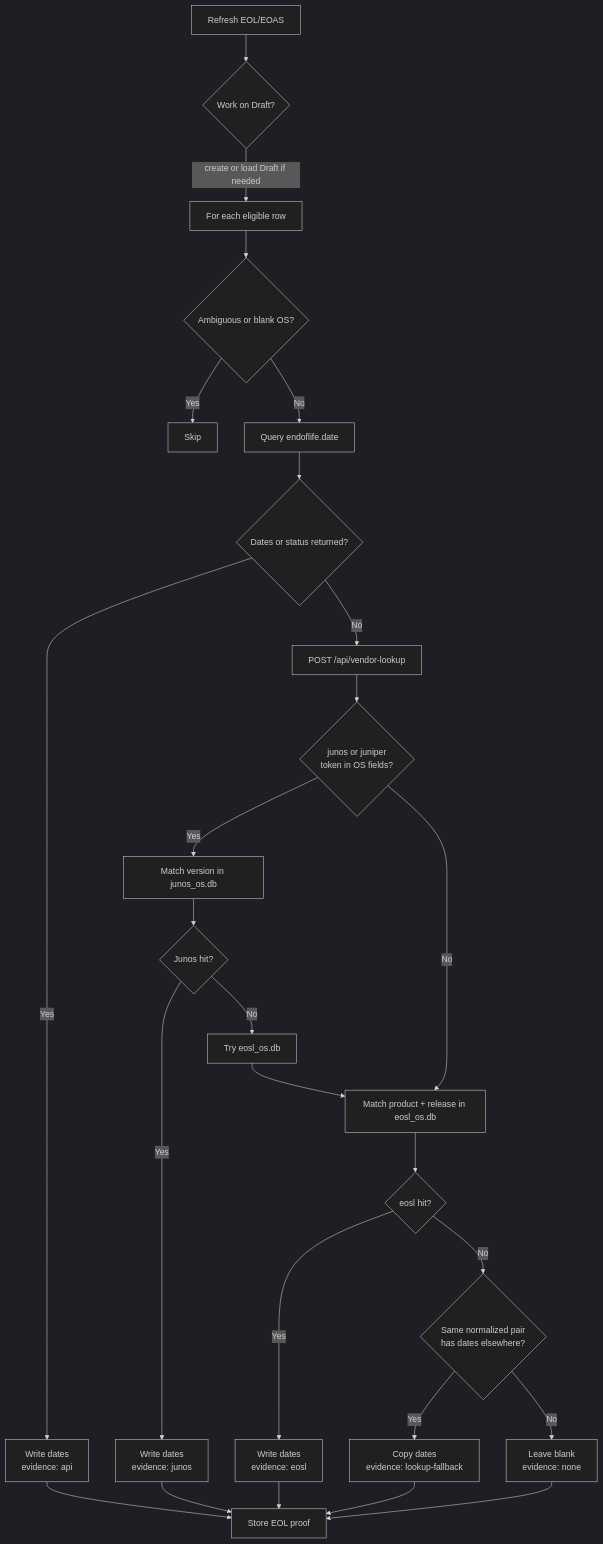
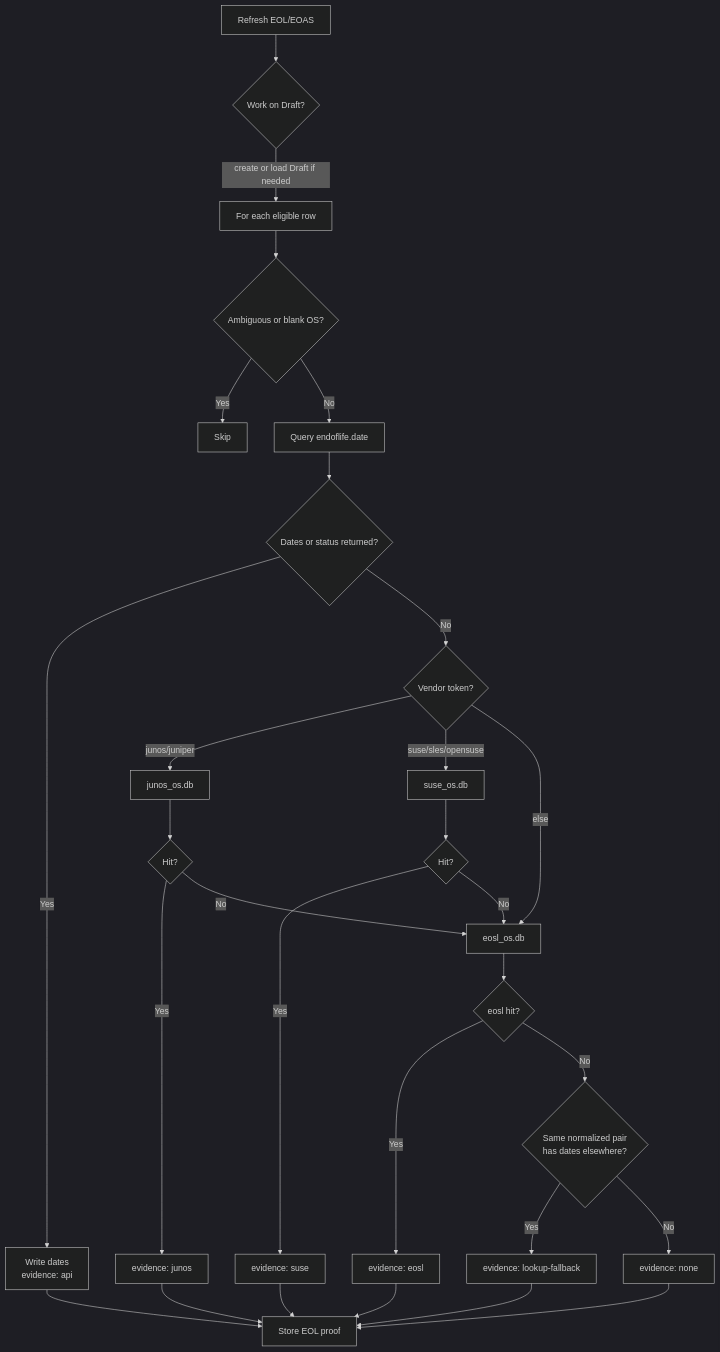
One commit to jibinge0rge/OS-Health-Check changed the fourth of 7 diagrams in README.md. Above: the diagram before and after it, drawn with Mermaid (dark theme). The commit also changed other lines of this file and 7 other files, not shown here.

First line of the commit message:
Add SUSE lifecycle support and enhance vendor lookup functionality

````diff
--- a/README.md
+++ b/README.md
@@ -228,34 +231,38 @@
 ```mermaid
 flowchart TD
   R[Refresh EOL/EOAS] --> DraftGate{Work on Draft?}
   DraftGate -->|create or load Draft if needed| Row[For each eligible row]
 
   Row --> Skip{Ambiguous or blank OS?}
   Skip -->|Yes| Next[Skip]
   Skip -->|No| API[Query endoflife.date]
 
   API --> ApiOk{Dates or status returned?}
   ApiOk -->|Yes| ApplyApi[Write dates<br/>evidence: api]
-  ApiOk -->|No| Vendor[POST /api/vendor-lookup]
+  ApiOk -->|No| Route{Vendor token?}
 
-  Vendor --> Token{junos or juniper<br/>token in OS fields?}
-  Token -->|Yes| JunosDB[Match version in junos_os.db]
-  Token -->|No| EoslDB[Match product + release in eosl_os.db]
+  Route -->|junos/juniper| JunosDB[junos_os.db]
+  Route -->|suse/sles/opensuse| SuseDB[suse_os.db]
+  Route -->|else| EoslDB[eosl_os.db]
 
-  JunosDB --> JunosHit{Junos hit?}
-  JunosHit -->|Yes| ApplyJunos[Write dates<br/>evidence: junos]
-  JunosHit -->|No| EoslAfterJunos[Try eosl_os.db]
-  EoslAfterJunos --> EoslDB
+  JunosDB --> JunosHit{Hit?}
+  JunosHit -->|Yes| ApplyJ[evidence: junos]
+  JunosHit -->|No| EoslDB
+
+  SuseDB --> SuseHit{Hit?}
+  SuseHit -->|Yes| ApplyS[evidence: suse]
+  SuseHit -->|No| EoslDB
 
   EoslDB --> EoslHit{eosl hit?}
-  EoslHit -->|Yes| ApplyEosl[Write dates<br/>evidence: eosl]
+  EoslHit -->|Yes| ApplyE[evidence: eosl]
   EoslHit -->|No| CopyFb{Same normalized pair<br/>has dates elsewhere?}
-  CopyFb -->|Yes| ApplyCopy[Copy dates<br/>evidence: lookup-fallback]
-  CopyFb -->|No| Empty[Leave blank<br/>evidence: none]
+  CopyFb -->|Yes| ApplyCopy[evidence: lookup-fallback]
+  CopyFb -->|No| Empty[evidence: none]
 
   ApplyApi --> Proof[Store EOL proof]
-  ApplyJunos --> Proof
-  ApplyEosl --> Proof
+  ApplyJ --> Proof
+  ApplyS --> Proof
+  ApplyE --> Proof
   ApplyCopy --> Proof
   Empty --> Proof
 ```
````
